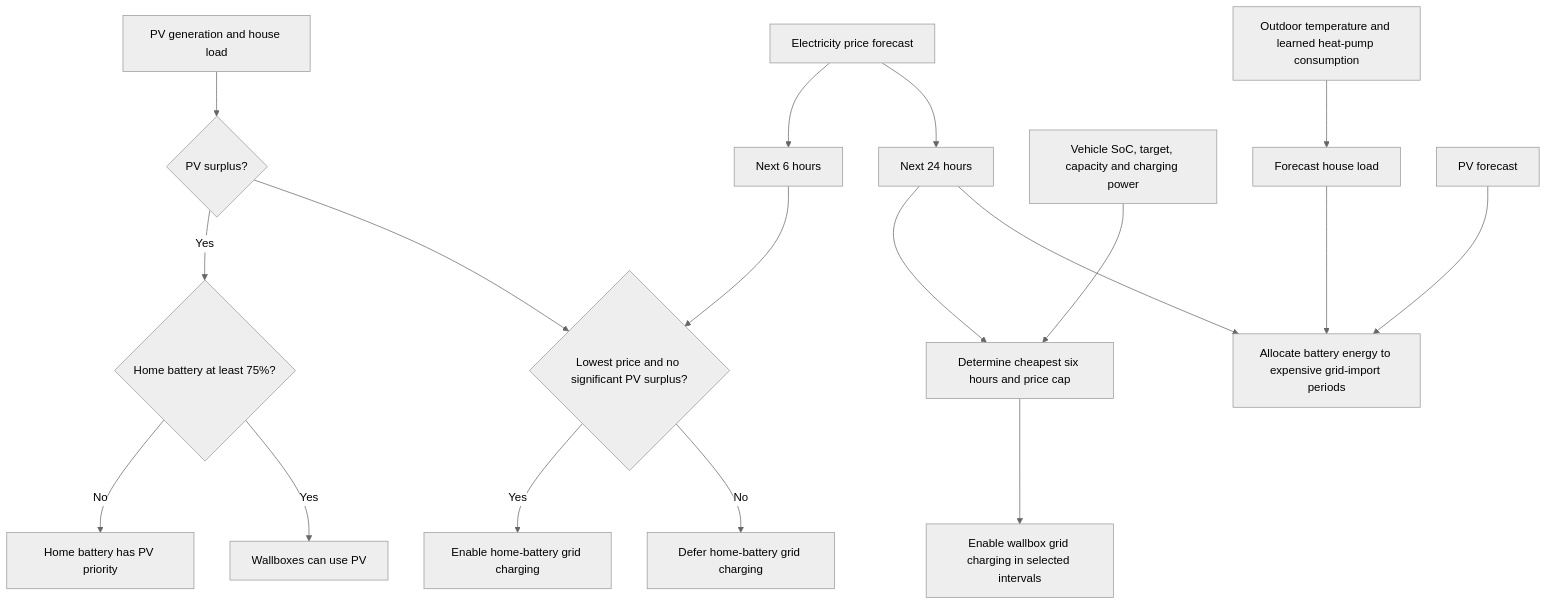
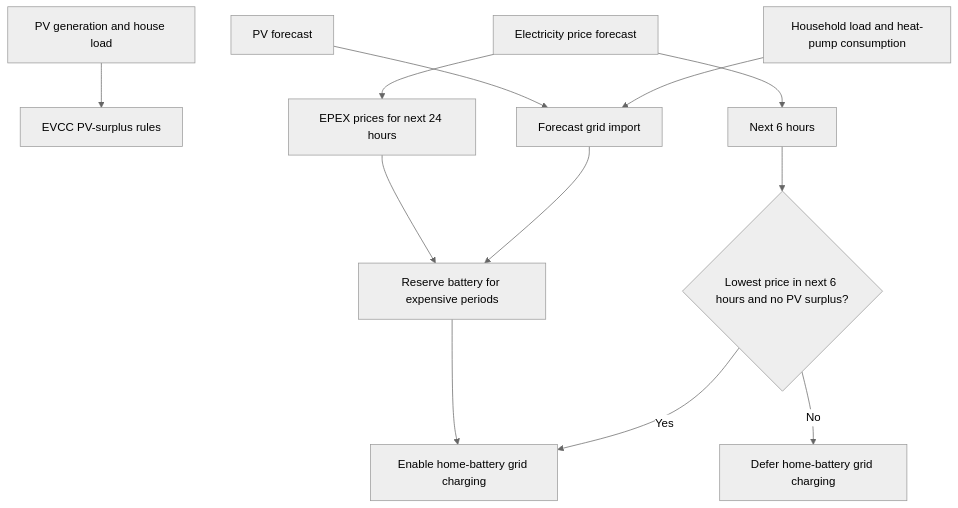
The diagram in home-assistant/evcc/EVCC_PREISOPTIMIERUNG.en.md (synb10se/docs), drawn with Mermaid (neutral theme) before and after one commit. The commit also changed other lines of this file and 1 other file, not shown here.

````diff
--- a/home-assistant/evcc/EVCC_PREISOPTIMIERUNG.en.md
+++ b/home-assistant/evcc/EVCC_PREISOPTIMIERUNG.en.md
@@ -17,22 +15,15 @@
 ```mermaid
 flowchart TD
-    PV["PV generation and house load"] --> U{"PV surplus?"}
-    U -->|Yes| S{"Home battery at least 75%?"}
-    S -->|No| B["Home battery has PV priority"]
-    S -->|Yes| W["Wallboxes can use PV"]
+    PV["PV generation and house load"] --> W["EVCC PV-surplus rules"]
 
     P["Electricity price forecast"] --> P6["Next 6 hours"]
-    P6 --> G{"Lowest price and no significant PV surplus?"}
-    U --> G
+    P6 --> G{"Lowest price in next 6 hours and no PV surplus?"}
     G -->|Yes| N["Enable home-battery grid charging"]
     G -->|No| X["Defer home-battery grid charging"]
-    P --> P24["Next 24 hours"]
-    P24 --> F["Determine cheapest six hours and price cap"]
-    D["Vehicle SoC, target, capacity and charging power"] --> F
-    F --> L["Enable wallbox grid charging in selected intervals"]
-
-    T["Outdoor temperature and learned heat-pump consumption"] --> V["Forecast house load"]
-    V --> E["Allocate battery energy to expensive grid-import periods"]
+    P --> P24["EPEX prices for next 24 hours"]
+    T["Household load and heat-pump consumption"] --> V["Forecast grid import"]
+    PVF["PV forecast"] --> V
+    V --> E["Reserve battery for expensive periods"]
     P24 --> E
-    PVF["PV forecast"] --> E
+    E --> N
 ```
````
